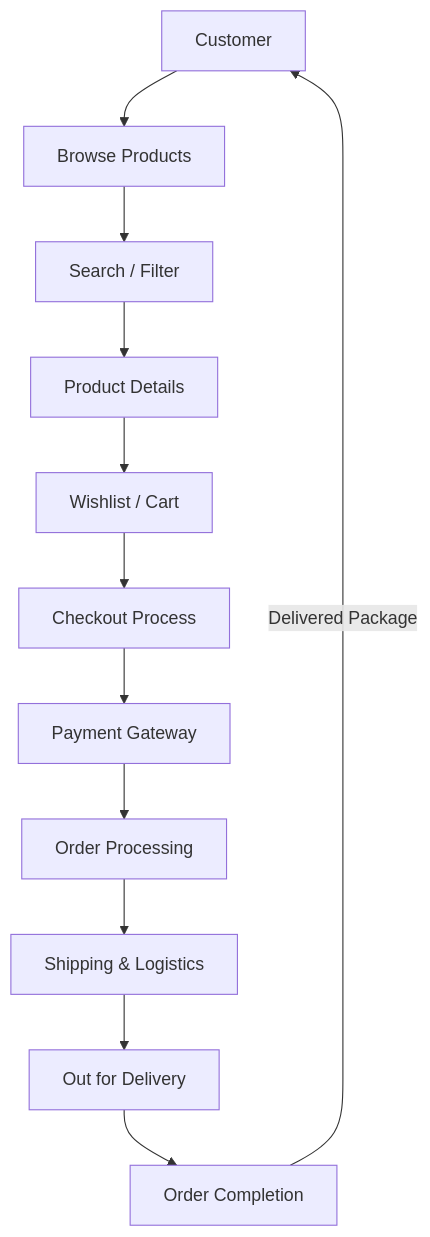
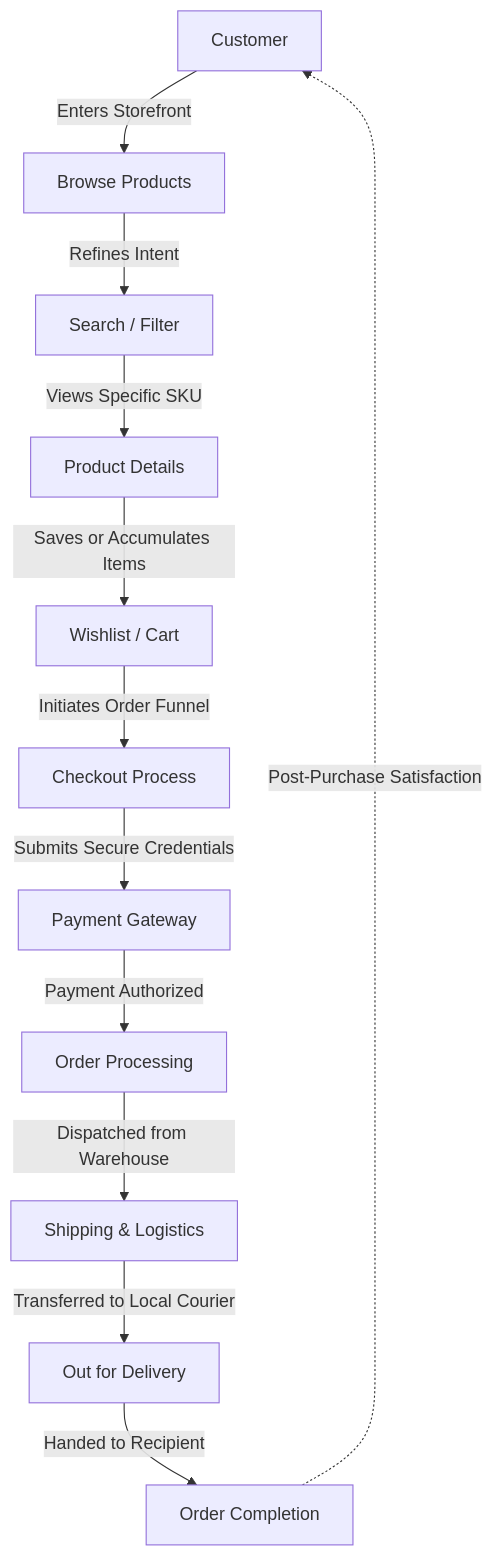
One commit to yewess97/Grace changed the diagram in docs/01-project-overview.md. Above: the diagram before and after it, drawn with Mermaid. The commit also changed 3 other files, not shown here.

````diff
--- a/docs/01-project-overview.md
+++ b/docs/01-project-overview.md
@@ -193,35 +193,35 @@
 ```mermaid
 flowchart TD
     
     %% Nodes
-    A[Customer]
-    B[Browse Products]
-    C[Search / Filter]
-    D[Product Details]
-    E[Wishlist / Cart]
-    F[Checkout Process]
-    G[Payment Gateway]
-    H[Order Processing]
-    I[Shipping & Logistics]
-    J[Out for Delivery]
-    K[Order Completion]
+    Cust[Customer]
+    Browse[Browse Products]
+    Search[Search / Filter]
+    Details[Product Details]
+    Cart[Wishlist / Cart]
+    Check[Checkout Process]
+    Pay[Payment Gateway]
+    Proc[Order Processing]
+    Ship[Shipping & Logistics]
+    Deliv[Out for Delivery]
+    Comp[Order Completion]
 
-    %% Shopping Journey Flow
-    A --> B
-    B --> C
-    C --> D
-    D --> E
+    %% Discovery Stage
+    Cust -->|Enters Storefront| Browse
+    Browse -->|Refines Intent| Search
+    Search -->|Views Specific SKU| Details
 
-    %% Transaction Flow
-    E --> F
-    F --> G
-    G --> H
+    %% Intent to Purchase Stage
+    Details -->|Saves or Accumulates Items| Cart
+    Cart -->|Initiates Order Funnel| Check
+    Check -->|Submits Secure Credentials| Pay
 
-    %% Fulfillment Flow
-    H --> I
-    I --> J
-    J --> K
+    %% Order Fulfillment Stage
+    Pay -->|Payment Authorized| Proc
+    Proc -->|Dispatched from Warehouse| Ship
+    Ship -->|Transferred to Local Courier| Deliv
+    Deliv -->|Handed to Recipient| Comp
 
-    %% Return Loop to Customer
-    K -->|Delivered Package| A
+    %% Re-engagement Cycle
+    Comp -.->|Post-Purchase Satisfaction| Cust
 ```
````
